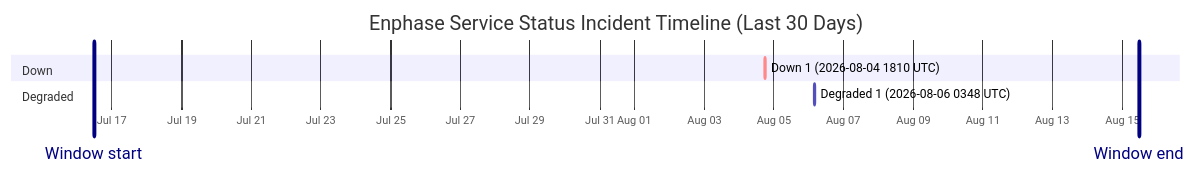
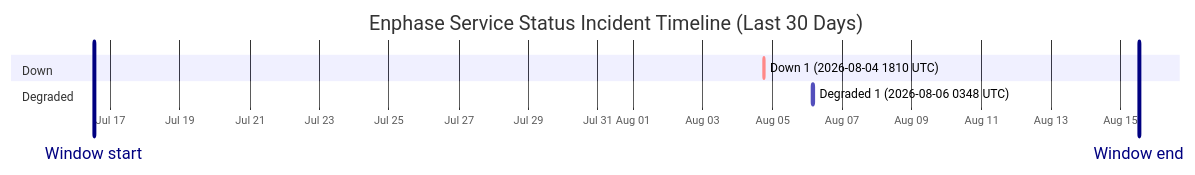
Before and after one commit to barneyonline/ha-enphase-energy: the diagram in wiki/Service-Status-History.md, drawn with Mermaid. The commit also changed other lines of this file and 3 other files, not shown here.

````diff
--- a/wiki/Service-Status-History.md
+++ b/wiki/Service-Status-History.md
@@ -14,12 +14,12 @@
 ```mermaid
 gantt
     title Enphase Service Status Incident Timeline (Last 30 Days)
     dateFormat  YYYY-MM-DDTHH:mm:ss
     axisFormat  %b %d
-    Window start :vert, window-start, 2026-07-16T11:43:47, 0ms
-    Window end :vert, window-end, 2026-08-15T11:43:47, 0ms
+    Window start :vert, window-start, 2026-07-16T12:33:24, 0ms
+    Window end :vert, window-end, 2026-08-15T12:33:24, 0ms
     section Down
     Down 1 (2026-08-04 1810 UTC) :crit, down-1, 2026-08-04T18:10:46, 60m
     section Degraded
     Degraded 1 (2026-08-06 0348 UTC) :active, degraded-1, 2026-08-06T03:48:14, 60m
 ```
````
